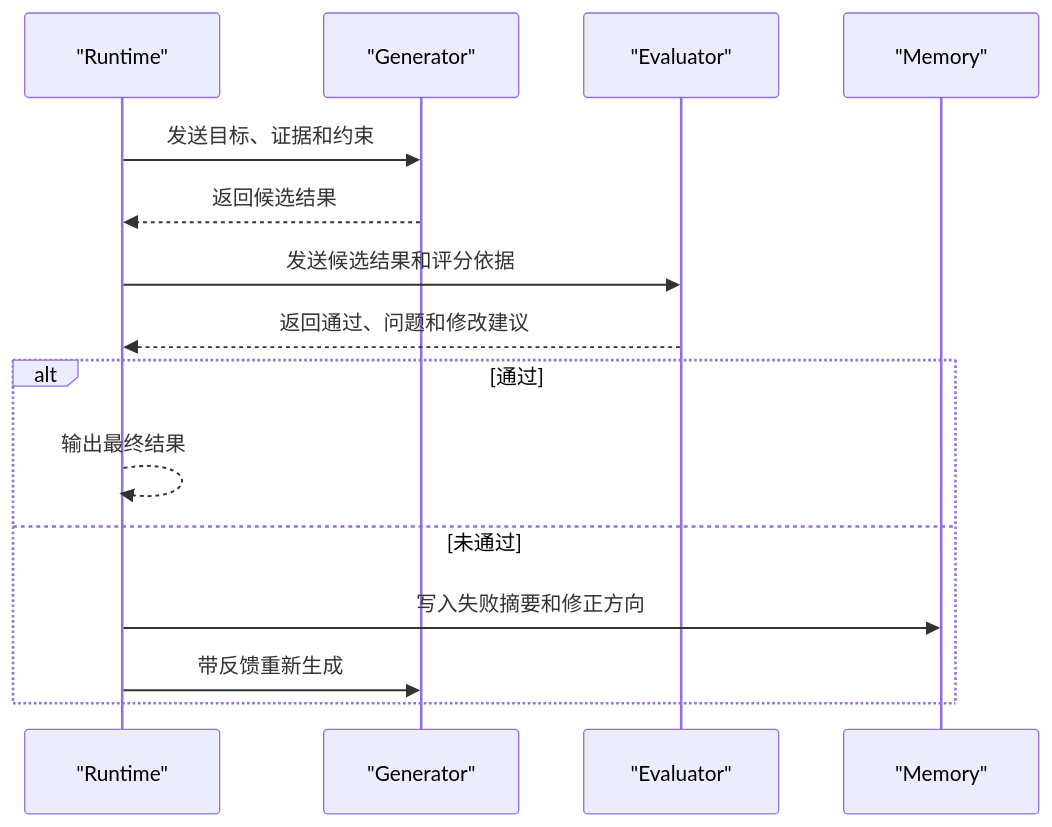
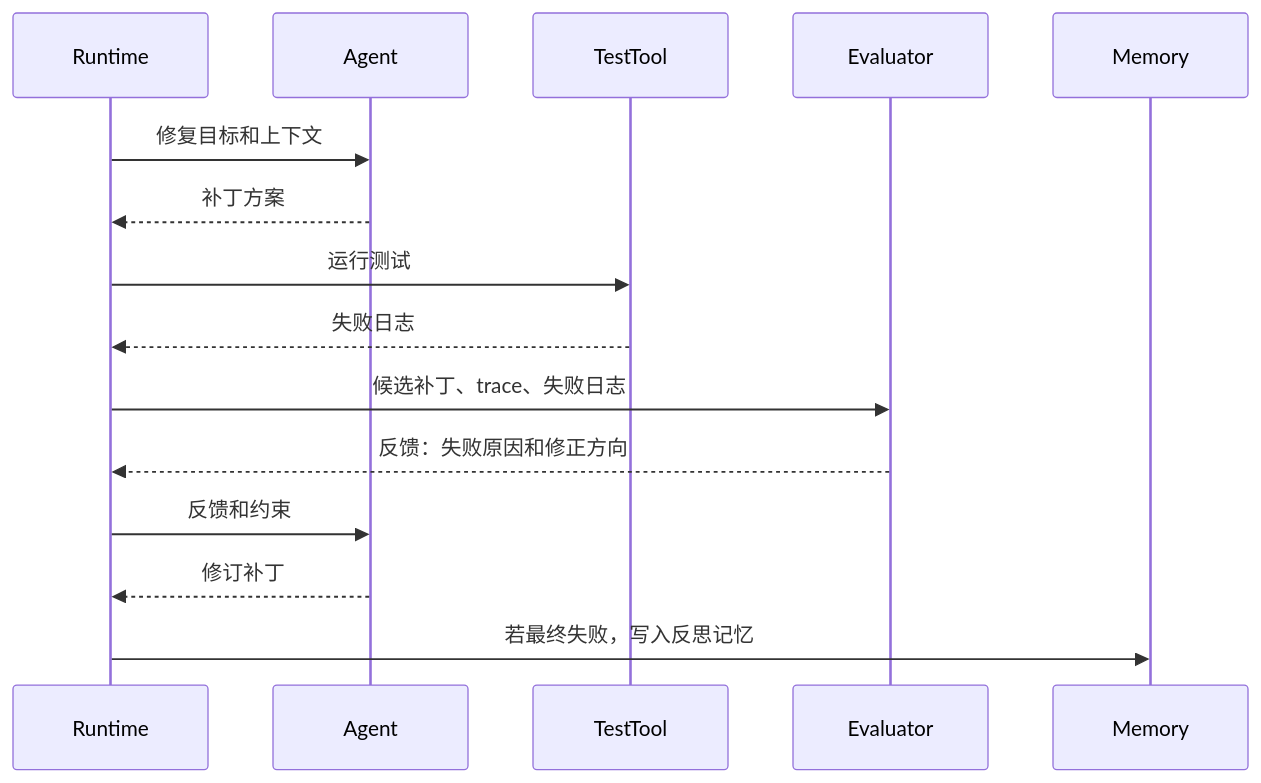
One commit to Doge2077/liyyro changed the second of 2 diagrams in docs/AI/Agent/Agent架构/Reflection与Reflexion.md. Above: the diagram before and after it, drawn with Mermaid. The commit also changed other lines of this file and 27 other files, not shown here.

````diff
--- a/docs/AI/Agent/Agent架构/Reflection与Reflexion.md
+++ b/docs/AI/Agent/Agent架构/Reflection与Reflexion.md
@@ -28,18 +88,18 @@
 ```mermaid
 sequenceDiagram
-  participant R as "Runtime"
-  participant G as "Generator"
-  participant E as "Evaluator"
-  participant M as "Memory"
+  participant R as Runtime
+  participant A as Agent
+  participant T as TestTool
+  participant E as Evaluator
+  participant M as Memory
 
-  R->>G: 发送目标、证据和约束
-  G-->>R: 返回候选结果
-  R->>E: 发送候选结果和评分依据
-  E-->>R: 返回通过、问题和修改建议
-  alt 通过
-    R-->>R: 输出最终结果
-  else 未通过
-    R->>M: 写入失败摘要和修正方向
-    R->>G: 带反馈重新生成
-  end
+  R->>A: 修复目标和上下文
+  A-->>R: 补丁方案
+  R->>T: 运行测试
+  T-->>R: 失败日志
+  R->>E: 候选补丁、trace、失败日志
+  E-->>R: 反馈：失败原因和修正方向
+  R->>A: 反馈和约束
+  A-->>R: 修订补丁
+  R->>M: 若最终失败，写入反思记忆
 ```
````
